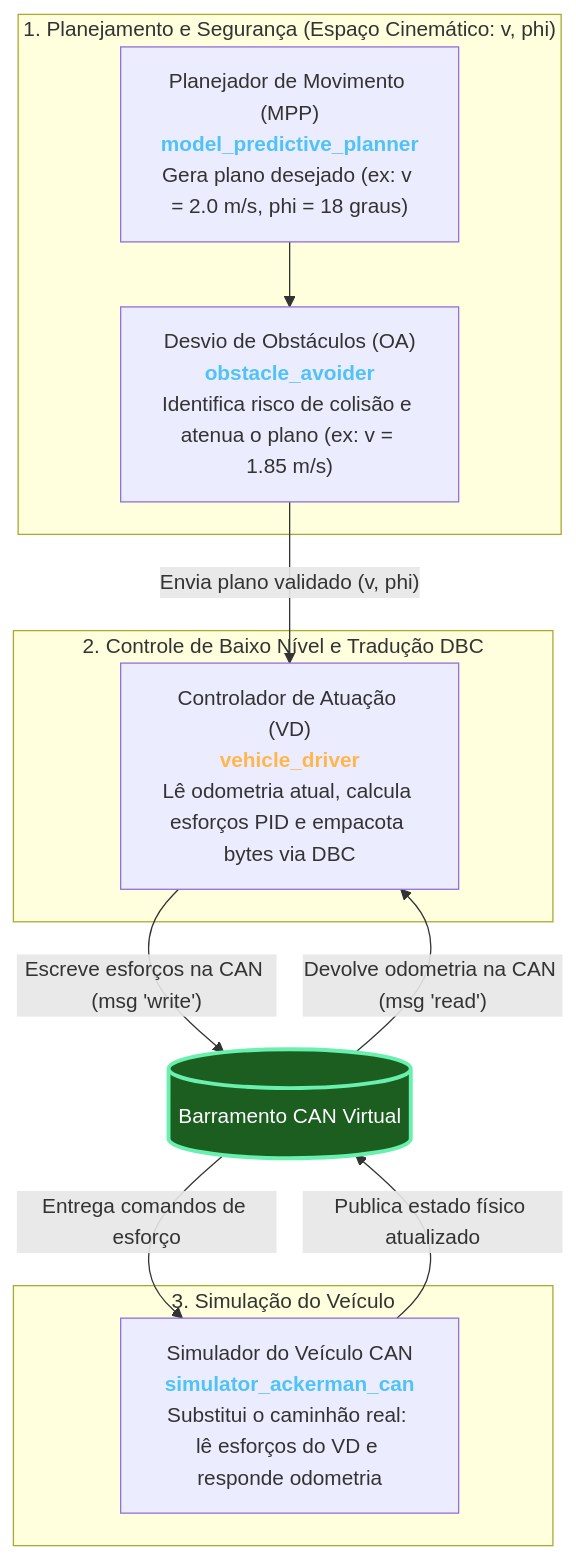
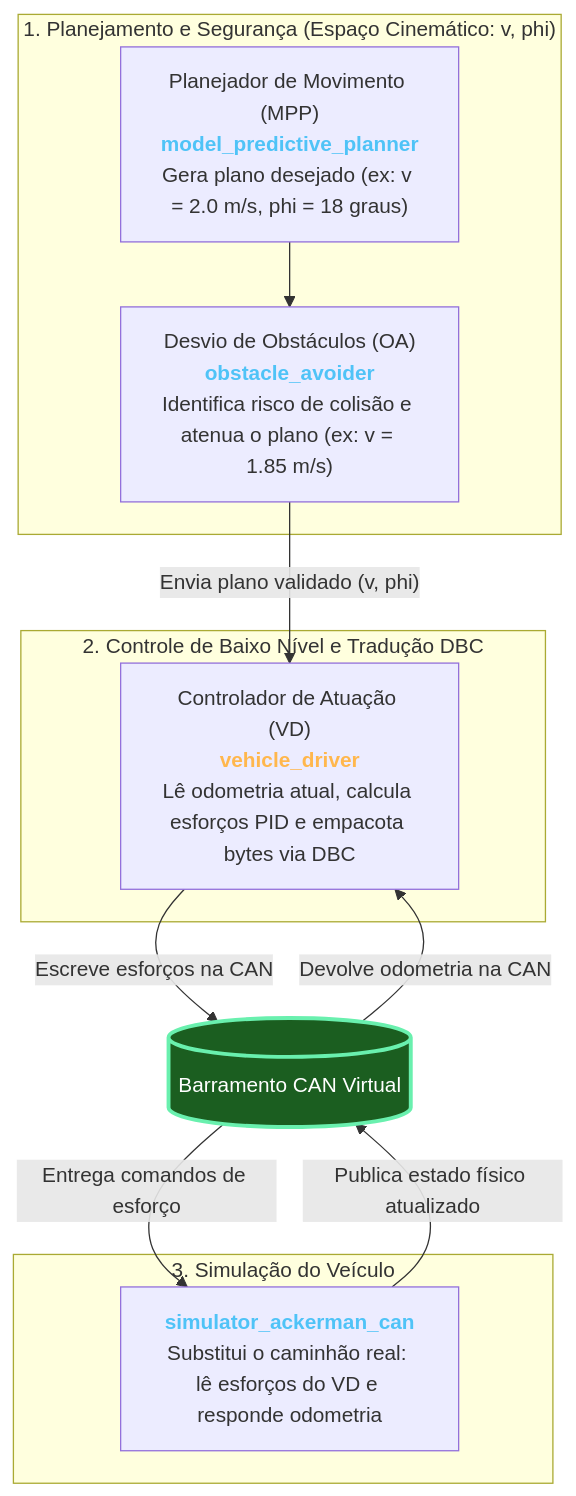
Before and after one commit to BrenoCSilva/lume: the first of 2 diagrams in simulator_ackerman/docs/01_arquitetura_e_fluxo_geral.md, drawn with Mermaid.

````diff
--- a/simulator_ackerman/docs/01_arquitetura_e_fluxo_geral.md
+++ b/simulator_ackerman/docs/01_arquitetura_e_fluxo_geral.md
@@ -7,26 +7,26 @@
 ```mermaid
 flowchart TD
     subgraph AltoNivel ["1. Planejamento e Segurança (Espaço Cinemático: v, phi)"]
         MPP["Planejador de Movimento (MPP)<br/><b style='color:#4fc3f7'>model_predictive_planner</b><br/>Gera plano desejado (ex: v = 2.0 m/s, phi = 18 graus)"]
         MPP --> OA["Desvio de Obstáculos (OA)<br/><b style='color:#4fc3f7'>obstacle_avoider</b><br/>Identifica risco de colisão e atenua o plano (ex: v = 1.85 m/s)"]
     end
 
     OA -->|"Envia plano validado (v, phi)"| VD
 
     subgraph Controle ["2. Controle de Baixo Nível e Tradução DBC"]
         VD["Controlador de Atuação (VD)<br/><b style='color:#ffb74d'>vehicle_driver</b><br/>Lê odometria atual, calcula esforços PID e empacota bytes via DBC"]
     end
 
     CAN_BUS[("Barramento CAN Virtual")]
 
     subgraph HardwareOuSim ["3. Simulação do Veículo"]
-        SIM["Simulador do Veículo CAN<br/><b style='color:#4fc3f7'>simulator_ackerman_can</b><br/>Substitui o caminhão real: lê esforços do VD e responde odometria"]
+        SIM["<b style='color:#4fc3f7'>simulator_ackerman_can</b><br/>Substitui o caminhão real: lê esforços do VD e responde odometria"]
     end
 
-    VD -->|"Escreve esforços na CAN (msg 'write')"| CAN_BUS
-    CAN_BUS -->|"Devolve odometria na CAN (msg 'read')"| VD
+    VD -->|"Escreve esforços na CAN"| CAN_BUS
+    CAN_BUS -->|"Devolve odometria na CAN"| VD
     CAN_BUS -->|"Entrega comandos de esforço"| SIM
     SIM -->|"Publica estado físico atualizado"| CAN_BUS
 
     style CAN_BUS fill:#1b5e20,stroke:#69f0ae,stroke-width:3px,color:#ffffff
 ```
````
